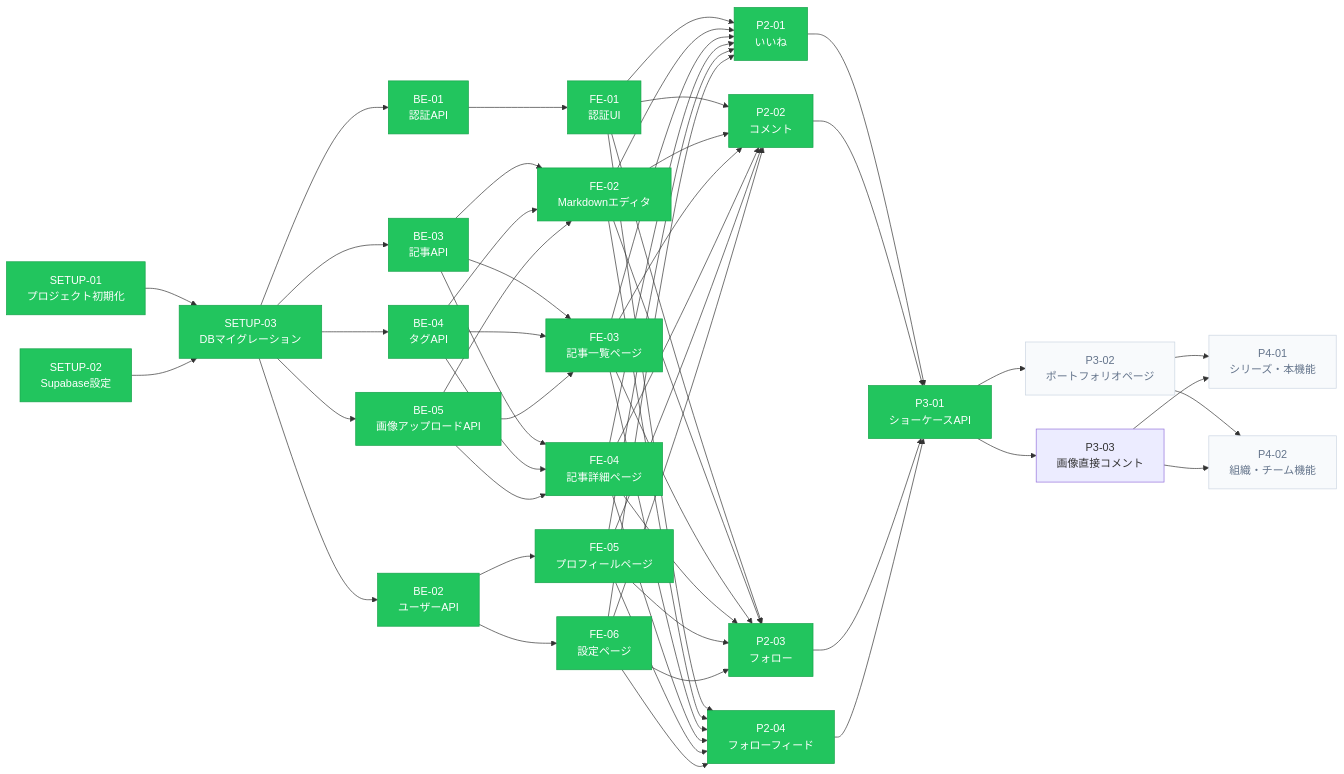
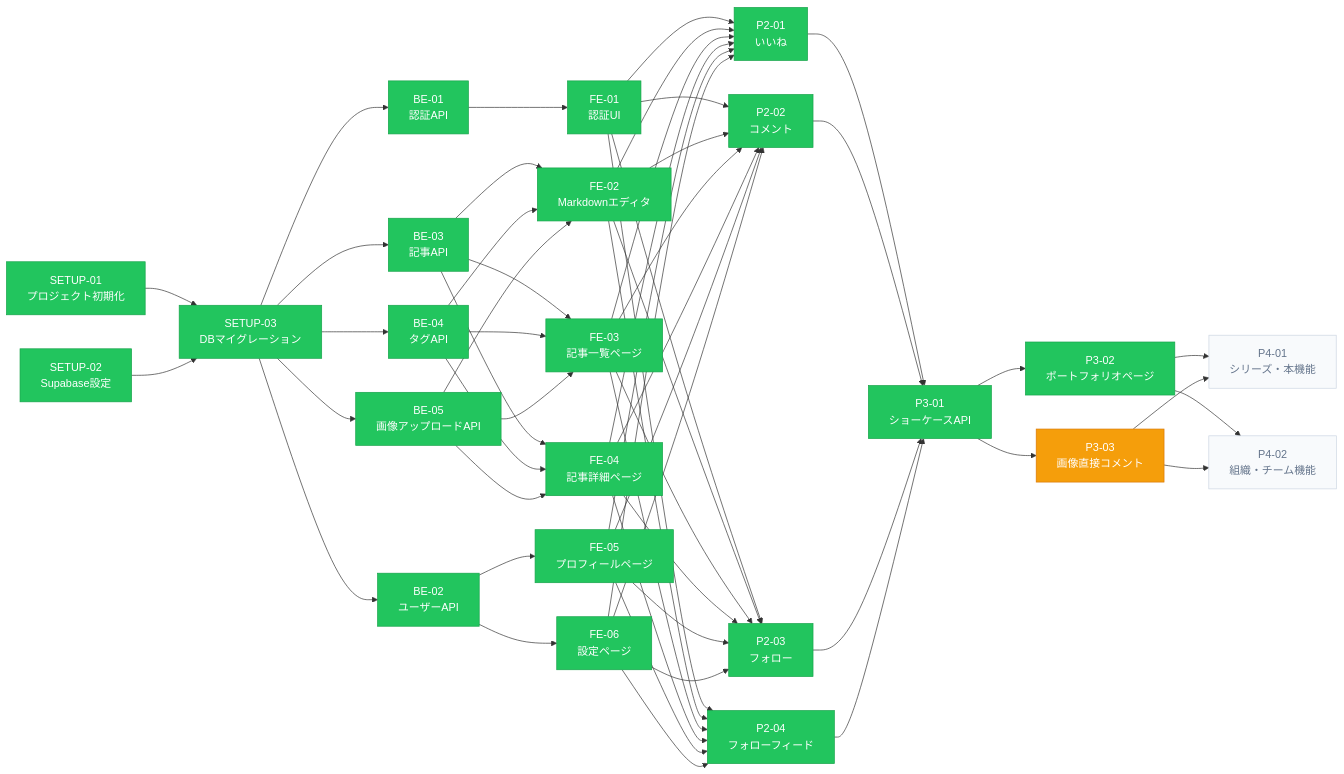
One commit to eiji0573/creative-platform changed the diagram in tickets.md. Above: the diagram before and after it, drawn with Mermaid. The commit also changed other lines of this file and 3 other files, not shown here.

````diff
--- a/tickets.md
+++ b/tickets.md
@@ -5,61 +5,61 @@
 ```mermaid
 flowchart LR
     classDef done       fill:#22c55e,color:#fff,stroke:#16a34a
     classDef inProgress fill:#f59e0b,color:#fff,stroke:#d97706
     classDef pending    fill:#f8fafc,color:#64748b,stroke:#cbd5e1
 
     SETUP-01["SETUP-01\nプロジェクト初期化"]
     SETUP-02["SETUP-02\nSupabase設定"]
     SETUP-03["SETUP-03\nDBマイグレーション"]
 
     BE-01["BE-01\n認証API"]
     FE-01["FE-01\n認証UI"]
 
     BE-03["BE-03\n記事API"]
     BE-04["BE-04\nタグAPI"]
     BE-05["BE-05\n画像アップロードAPI"]
     FE-02["FE-02\nMarkdownエディタ"]
     FE-03["FE-03\n記事一覧ページ"]
     FE-04["FE-04\n記事詳細ページ"]
 
     BE-02["BE-02\nユーザーAPI"]
     FE-05["FE-05\nプロフィールページ"]
     FE-06["FE-06\n設定ページ"]
 
     P2-01["P2-01\nいいね"]
     P2-02["P2-02\nコメント"]
     P2-03["P2-03\nフォロー"]
     P2-04["P2-04\nフォローフィード"]
 
     P3-01["P3-01\nショーケースAPI"]
     P3-02["P3-02\nポートフォリオページ"]
     P3-03["P3-03\n画像直接コメント"]
 
     P4-01["P4-01\nシリーズ・本機能"]
     P4-02["P4-02\n組織・チーム機能"]
 
     %% ステップ0
     SETUP-01 --> SETUP-03
     SETUP-02 --> SETUP-03
 
     %% ステップ1（3ストリーム並行）
     SETUP-03 --> BE-01 --> FE-01
     SETUP-03 --> BE-03 & BE-04 & BE-05
     BE-03 & BE-04 & BE-05 --> FE-02 & FE-03 & FE-04
     SETUP-03 --> BE-02 --> FE-05 & FE-06
 
     %% ステップ2（Phase 2並行）
     FE-01 & FE-02 & FE-03 & FE-04 & FE-05 & FE-06 --> P2-01 & P2-02 & P2-03 & P2-04
 
     %% ステップ3（Phase 3）
     P2-01 & P2-02 & P2-03 & P2-04 --> P3-01
     P3-01 --> P3-02 & P3-03
 
     %% ステップ4（Phase 4）
     P3-02 & P3-03 --> P4-01 & P4-02
 
     %% ステータス色（進捗ボードと同期して更新）
-    class SETUP-01,SETUP-02,SETUP-03,BE-01,BE-02,BE-03,BE-04,BE-05,FE-01,FE-02,FE-03,FE-04,FE-05,FE-06,P2-01,P2-02,P2-03,P2-04,P3-01 done
-    class P3-02,P4-01,P4-02 pending
-    class P3-03 in_progress
+    class SETUP-01,SETUP-02,SETUP-03,BE-01,BE-02,BE-03,BE-04,BE-05,FE-01,FE-02,FE-03,FE-04,FE-05,FE-06,P2-01,P2-02,P2-03,P2-04,P3-01,P3-02 done
+    class P4-01,P4-02 pending
+    class P3-03 inProgress
 ```
````
